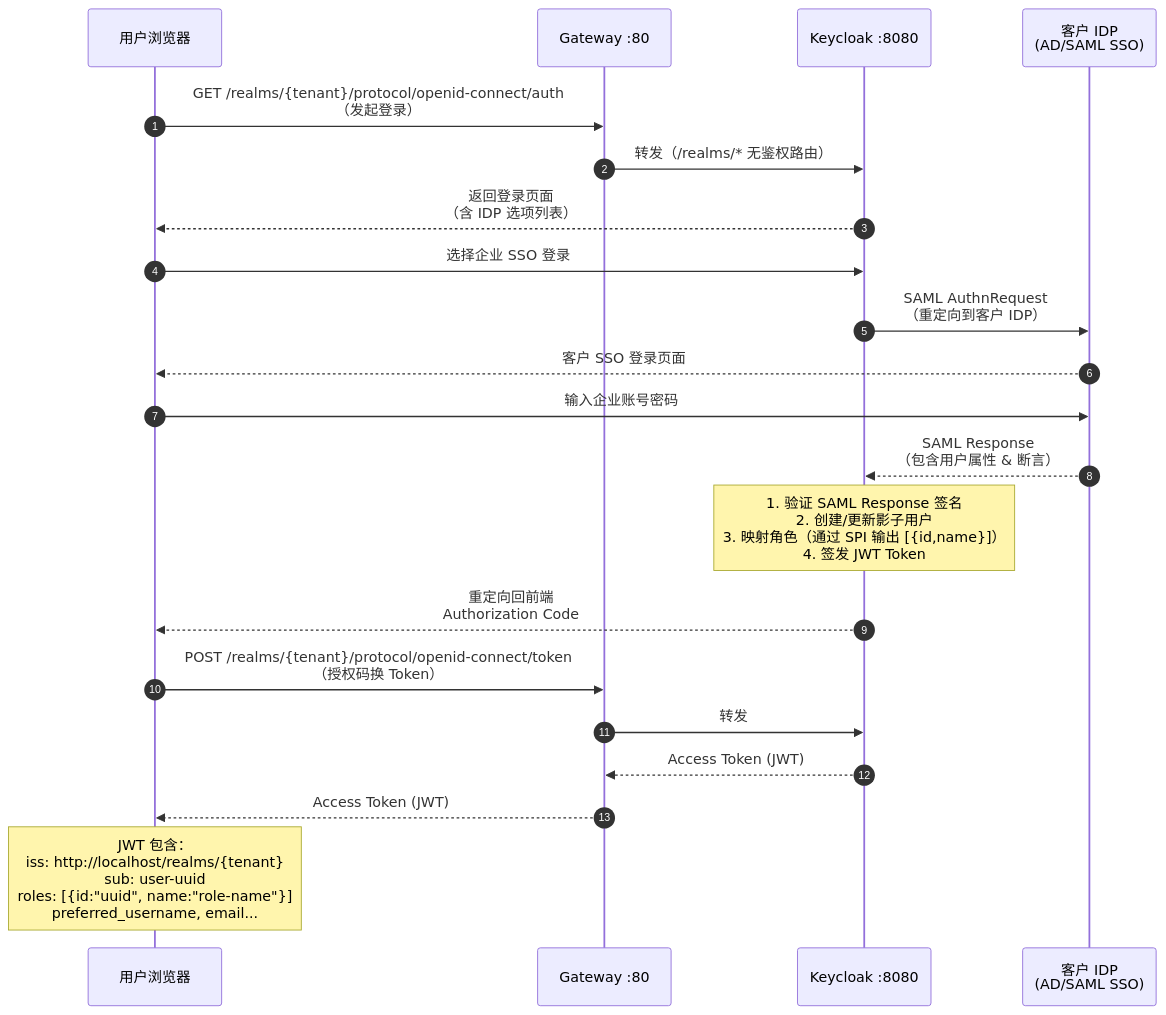
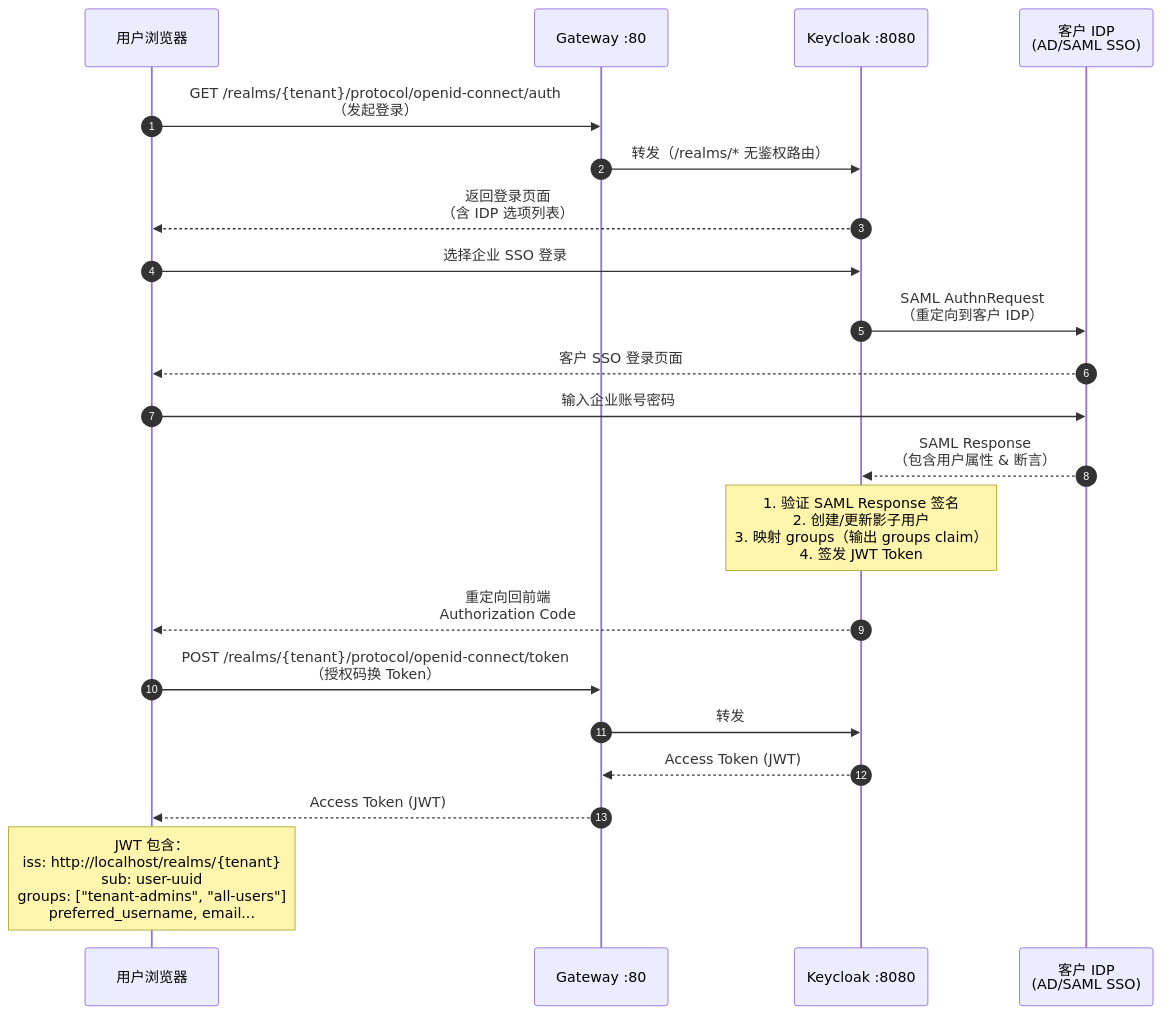
Before and after one commit to xiewanchao/aidp-iam: the tenth of 16 diagrams in da-cluster/docs/design-specification.md, drawn with Mermaid. The commit also changed other lines of this file and 13 other files, not shown here.

````diff
--- a/da-cluster/docs/design-specification.md
+++ b/da-cluster/docs/design-specification.md
@@ -551,30 +582,30 @@
 ```mermaid
 sequenceDiagram
     autonumber
     participant User as 用户浏览器
     participant GW as Gateway :80
     participant KC as Keycloak :8080
     participant IDP as 客户 IDP<br/>(AD/SAML SSO)
 
     User->>GW: GET /realms/{tenant}/protocol/openid-connect/auth<br/>（发起登录）
     GW->>KC: 转发（/realms/* 无鉴权路由）
     KC-->>User: 返回登录页面<br/>（含 IDP 选项列表）
 
     User->>KC: 选择企业 SSO 登录
     KC->>IDP: SAML AuthnRequest<br/>（重定向到客户 IDP）
     IDP-->>User: 客户 SSO 登录页面
     User->>IDP: 输入企业账号密码
 
     IDP-->>KC: SAML Response<br/>（包含用户属性 & 断言）
 
-    Note over KC: 1. 验证 SAML Response 签名<br/>2. 创建/更新影子用户<br/>3. 映射角色（通过 SPI 输出 [{id,name}]）<br/>4. 签发 JWT Token
+    Note over KC: 1. 验证 SAML Response 签名<br/>2. 创建/更新影子用户<br/>3. 映射 groups（输出 groups claim）<br/>4. 签发 JWT Token
 
     KC-->>User: 重定向回前端<br/>Authorization Code
 
     User->>GW: POST /realms/{tenant}/protocol/openid-connect/token<br/>（授权码换 Token）
     GW->>KC: 转发
     KC-->>GW: Access Token (JWT)
     GW-->>User: Access Token (JWT)
 
-    Note over User: JWT 包含：<br/>iss: http://localhost/realms/{tenant}<br/>sub: user-uuid<br/>roles: [{id:"uuid", name:"role-name"}]<br/>preferred_username, email...
+    Note over User: JWT 包含：<br/>iss: http://localhost/realms/{tenant}<br/>sub: user-uuid<br/>groups: ["tenant-admins", "all-users"]<br/>preferred_username, email...
 ```
````
